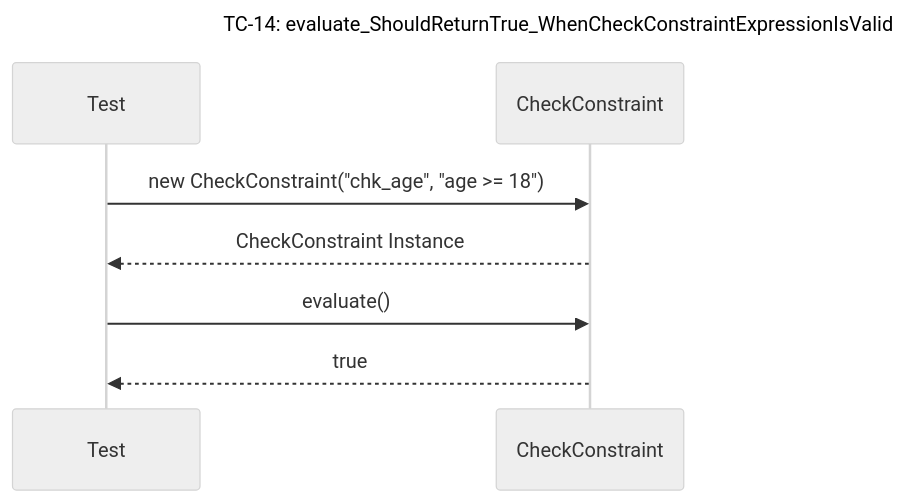
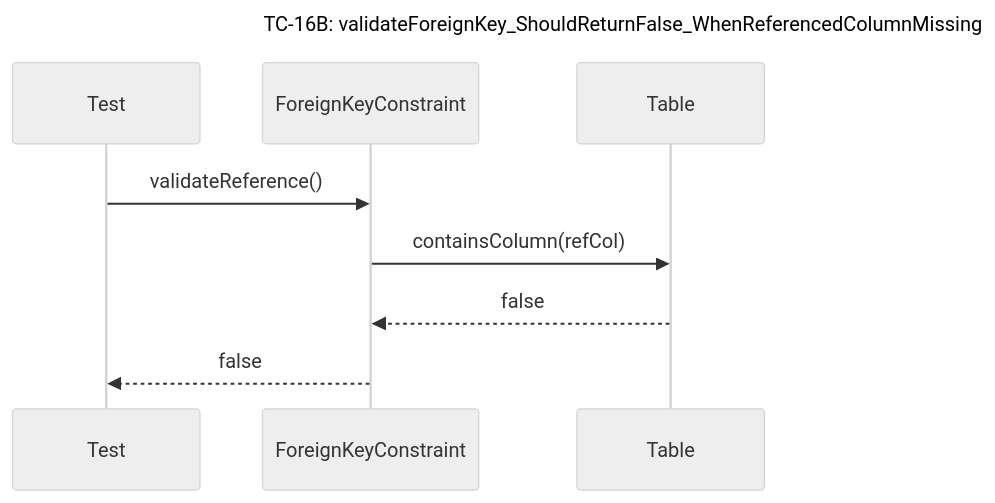
One commit to Dikhang1112/Database_Management_BBV changed diagram 44 of 47 in docs/unit_test/metadata/SequeceTestCase.md. Above: the diagram before and after it, drawn with Mermaid (neutral theme). The commit also changed other lines of this file and 23 other files, not shown here.

````diff
--- a/docs/unit_test/metadata/SequeceTestCase.md
+++ b/docs/unit_test/metadata/SequeceTestCase.md
@@ -269,11 +681,12 @@
 ```mermaid
 sequenceDiagram
-    title TC-14: evaluate_ShouldReturnTrue_WhenCheckConstraintExpressionIsValid
+    title TC-16B: validateForeignKey_ShouldReturnFalse_WhenReferencedColumnMissing
     participant Test
-    participant CheckConstraint
+    participant ForeignKeyConstraint
+    participant Table
 
-    Test->>CheckConstraint: new CheckConstraint("chk_age", "age >= 18")
-    CheckConstraint-->>Test: CheckConstraint Instance
-    Test->>CheckConstraint: evaluate()
-    CheckConstraint-->>Test: true
+    Test->>ForeignKeyConstraint: validateReference()
+    ForeignKeyConstraint->>Table: containsColumn(refCol)
+    Table-->>ForeignKeyConstraint: false
+    ForeignKeyConstraint-->>Test: false
 ```
````
